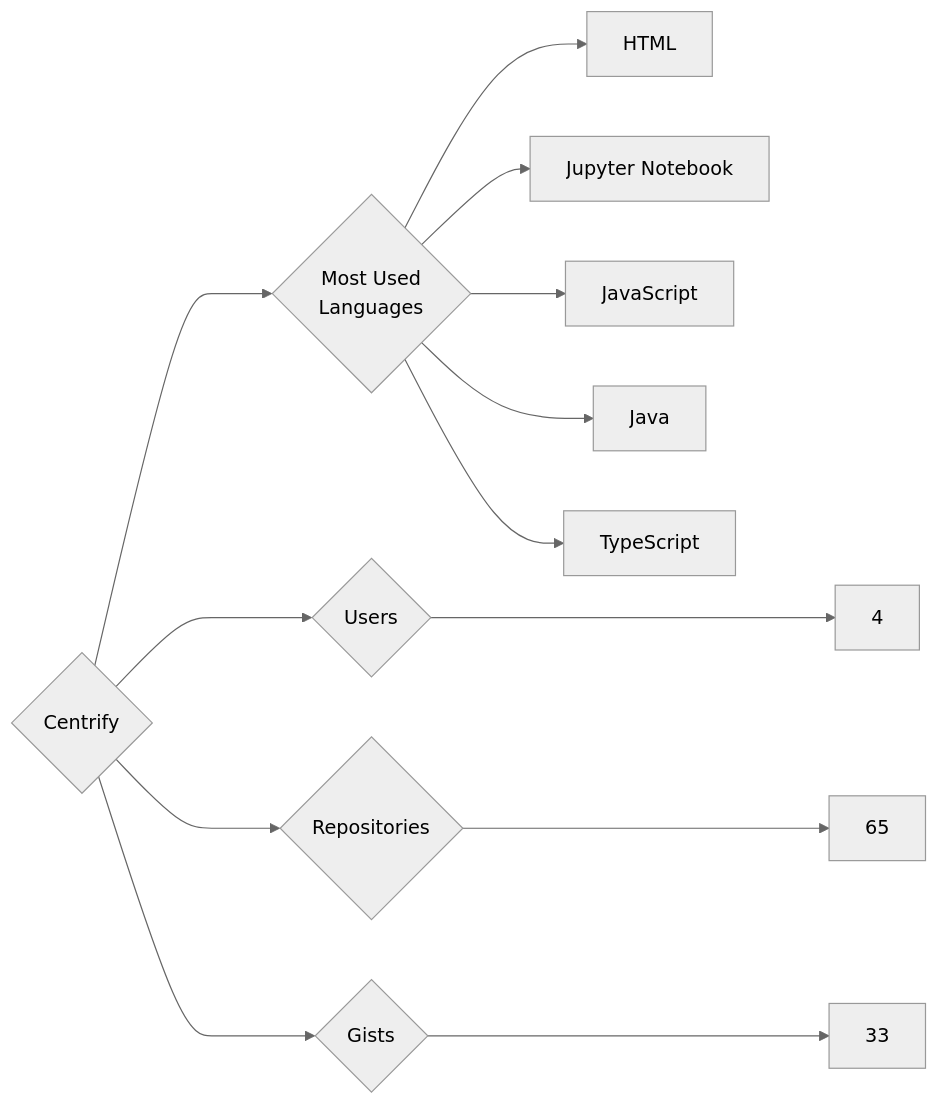
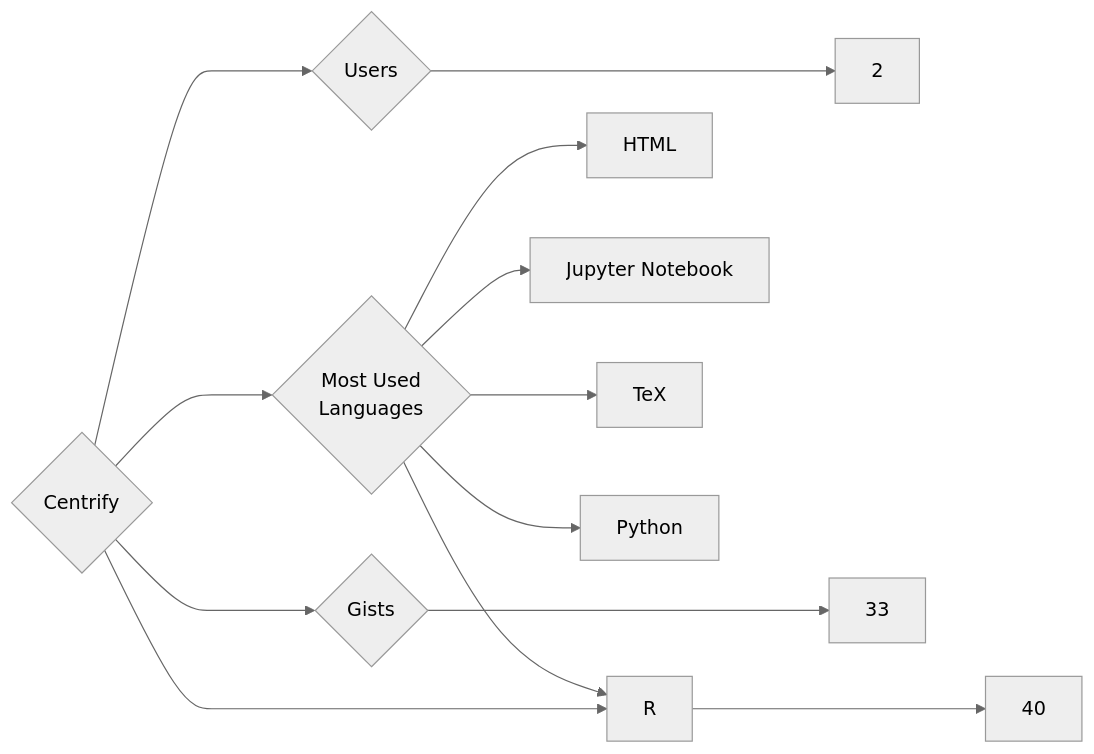
One commit to trickest/insiders changed the diagram in targets/Centrify/README.md. Above: the diagram before and after it, drawn with Mermaid (neutral theme). The commit also changed 930 other files, not shown here.

````diff
--- a/targets/Centrify/README.md
+++ b/targets/Centrify/README.md
@@ -3,13 +3,13 @@
 ```mermaid
 graph LR
 COMPANY_NAME{Centrify}
-COMPANY_NAME ---> U{Users} ---> UN[4]
-COMPANY_NAME ---> R{Repositories} ---> RN[65]
+COMPANY_NAME ---> U{Users} ---> UN[2]
+COMPANY_NAME ---> R{Repositories} ---> RN[40]
 COMPANY_NAME ---> G{Gists} ---> GN[33]
 COMPANY_NAME ---> ML{Most Used<br>Languages}
 ML --> HTML[HTML]
 ML --> Jupyter_Notebook[Jupyter Notebook]
-ML --> JavaScript[JavaScript]
-ML --> Java[Java]
-ML --> TypeScript[TypeScript]
+ML --> R[R]
+ML --> TeX[TeX]
+ML --> Python[Python]
 ```
````
